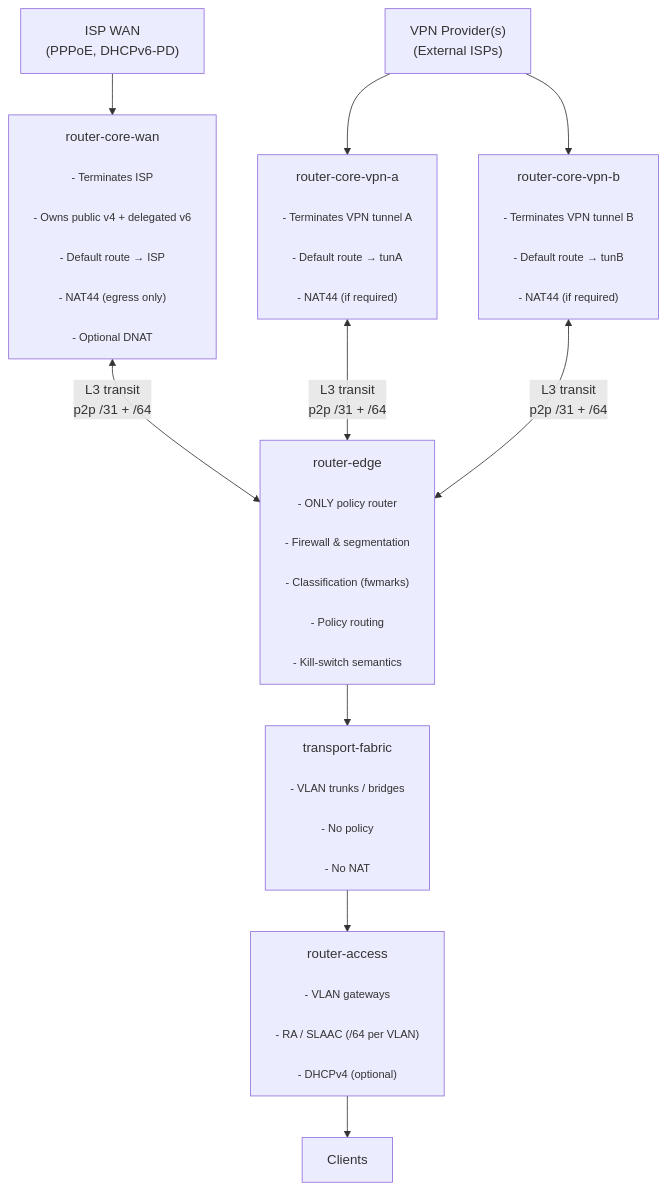
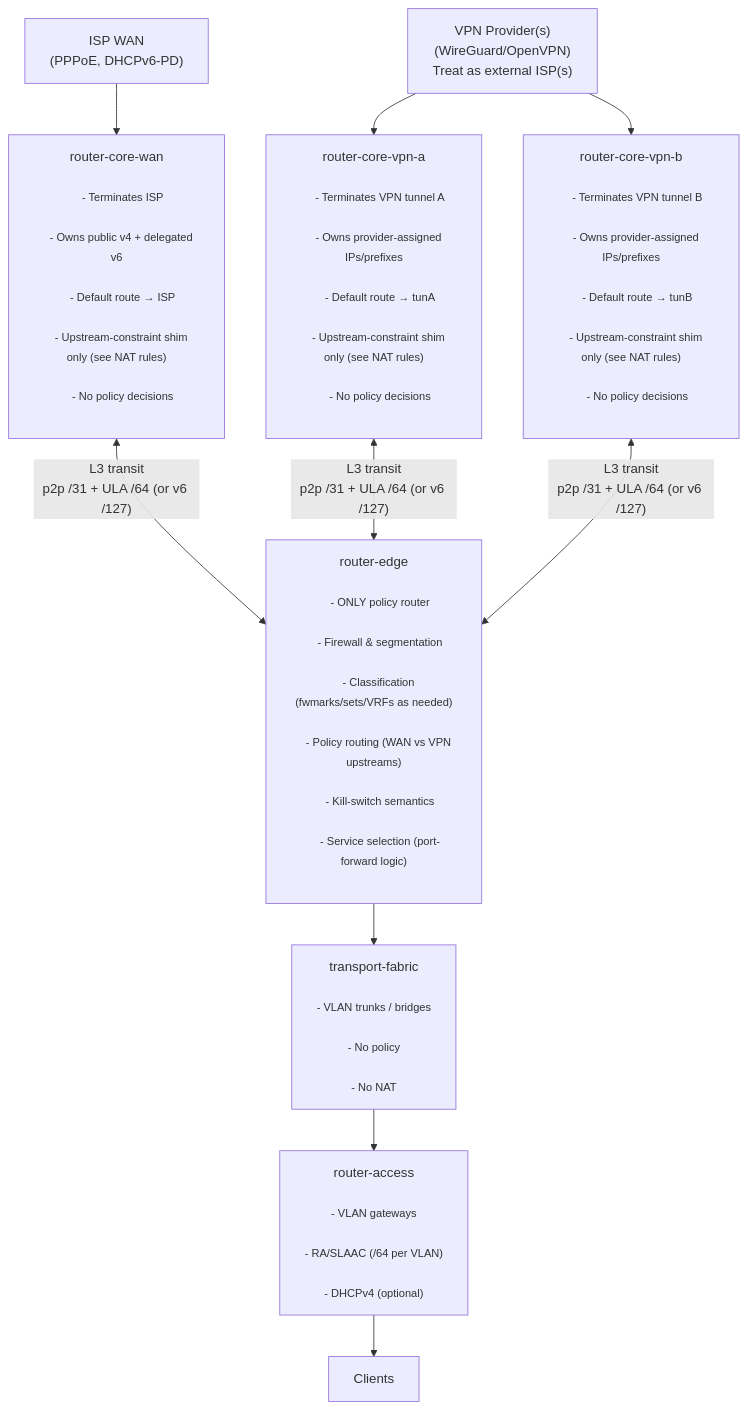
The first of 3 diagrams in nixos/s-routers/README.md (esp0xdeadbeef/nixos), drawn with Mermaid before and after one commit. The commit also changed other lines of this file and 5 other files, not shown here.

```diff
--- a/nixos/s-routers/README.md
+++ b/nixos/s-routers/README.md
@@ -35,29 +34,33 @@
     %% External upstreams
     %% ========================
     ISP["ISP WAN<br/>(PPPoE, DHCPv6-PD)"]
-    VPNP["VPN Provider(s)<br/>(External ISPs)"]
+    VPNP["VPN Provider(s)<br/>(WireGuard/OpenVPN)<br/>Treat as external ISP(s)"]
 
     %% ========================
-    %% Core routers (termination only)
+    %% Core routers (upstream termination)
     %% ========================
     CW["router-core-wan<br/><small>
     - Terminates ISP<br/>
     - Owns public v4 + delegated v6<br/>
     - Default route → ISP<br/>
-    - NAT44 (egress only)<br/>
-    - Optional DNAT
+    - Upstream-constraint shim only (see NAT rules)<br/>
+    - No policy decisions
     </small>"]
 
     CVA["router-core-vpn-a<br/><small>
     - Terminates VPN tunnel A<br/>
+    - Owns provider-assigned IPs/prefixes<br/>
     - Default route → tunA<br/>
-    - NAT44 (if required)
+    - Upstream-constraint shim only (see NAT rules)<br/>
+    - No policy decisions
     </small>"]
 
     CVB["router-core-vpn-b<br/><small>
     - Terminates VPN tunnel B<br/>
+    - Owns provider-assigned IPs/prefixes<br/>
     - Default route → tunB<br/>
-    - NAT44 (if required)
+    - Upstream-constraint shim only (see NAT rules)<br/>
+    - No policy decisions
     </small>"]
 
     %% ========================
@@ -66,9 +69,10 @@
     E["router-edge<br/><small>
     - ONLY policy router<br/>
     - Firewall & segmentation<br/>
-    - Classification (fwmarks)<br/>
-    - Policy routing<br/>
-    - Kill-switch semantics
+    - Classification (fwmarks/sets/VRFs as needed)<br/>
+    - Policy routing (WAN vs VPN upstreams)<br/>
+    - Kill-switch semantics<br/>
+    - Service selection (port-forward logic)
     </small>"]
 
     %% ========================
@@ -81,11 +85,11 @@
     </small>"]
 
     %% ========================
-    %% Client router
+    %% Access layer
     %% ========================
     A["router-access<br/><small>
     - VLAN gateways<br/>
-    - RA / SLAAC (/64 per VLAN)<br/>
+    - RA/SLAAC (/64 per VLAN)<br/>
     - DHCPv4 (optional)
     </small>"]
 
@@ -101,9 +105,9 @@
     %% ========================
     %% Explicit L3 transit links
     %% ========================
-    CW <-->|"L3 transit<br/>p2p /31 + /64"| E
-    CVA <-->|"L3 transit<br/>p2p /31 + /64"| E
-    CVB <-->|"L3 transit<br/>p2p /31 + /64"| E
+    CW <-->|"L3 transit<br/>p2p /31 + ULA /64 (or v6 /127)"| E
+    CVA <-->|"L3 transit<br/>p2p /31 + ULA /64 (or v6 /127)"| E
+    CVB <-->|"L3 transit<br/>p2p /31 + ULA /64 (or v6 /127)"| E
 
     %% ========================
     %% Internal forwarding
```
